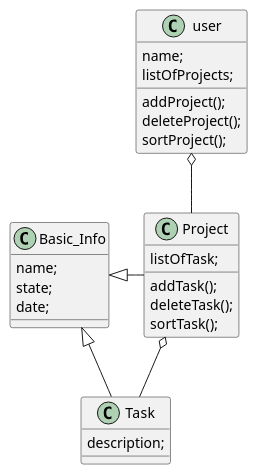
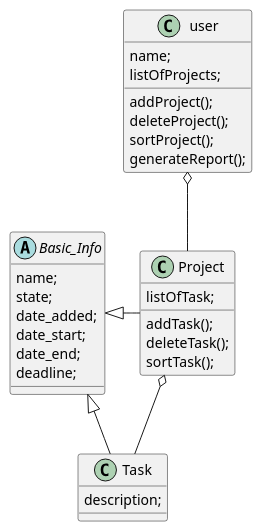
The diagram in Aplikacja_Do_Zarzadzania/Aplikacaj.puml (SoliGabiAnn/Task-manager), drawn with PlantUML before and after one commit. The commit also changed 1 other file, not shown here.

```diff
--- a/Aplikacja_Do_Zarzadzania/Aplikacaj.puml
+++ b/Aplikacja_Do_Zarzadzania/Aplikacaj.puml
@@ -1,41 +1,45 @@
 @startuml
 'https://plantuml.com/class-diagram
 
 class Basic_Info
 class Task
 class user
 class Project
 
 Project o-- Task
 user o-- Project
 Basic_Info <|- Task
 Basic_Info <|- Project
 
-class Basic_Info{
+abstract class Basic_Info{
 name;
 state;
-date;
+date_added;
+date_start;
+date_end;
+deadline;
 }
 
 class Task{
 description;
 }
 
 class Project{
 listOfTask;
 
 addTask();
 deleteTask();
 sortTask();
 }
 
 class user{
 name;
 listOfProjects;
 addProject();
 deleteProject();
 sortProject();
+generateReport();
 }
 
 
 @enduml
```
